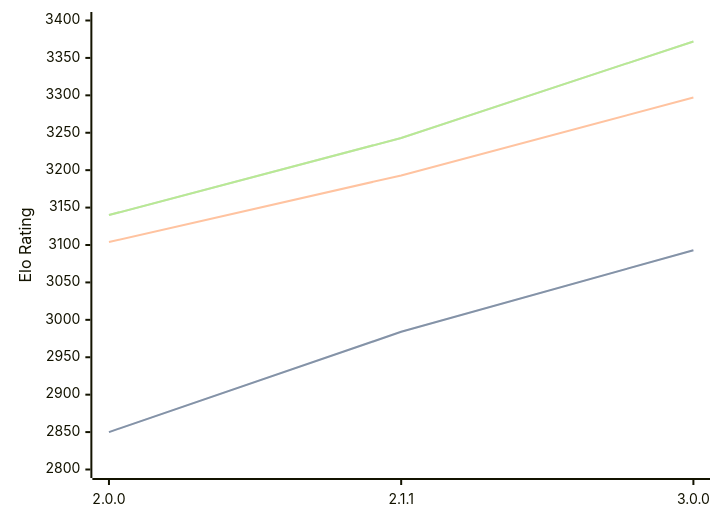
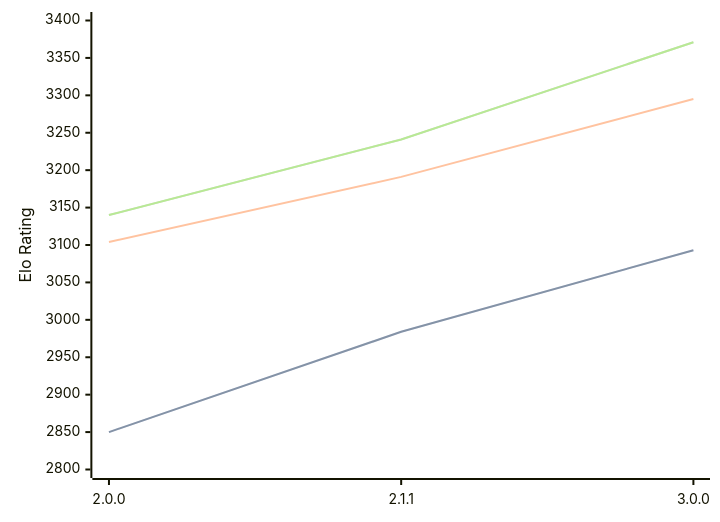
The first of 3 diagrams in engines/Bread.md (computer-chess-index/cci), drawn with Mermaid before and after one commit. The commit also changed other lines of this file, not shown here.

Commit message:
Update CCI Ratings (ELO VLTC) - 2026-06-27

````diff
--- a/engines/Bread.md
+++ b/engines/Bread.md
@@ -53,11 +53,11 @@
 ```mermaid
 %%{init: {"theme":"base","themeVariables":{"seriesColors:['#a3a3a3','#222221','#faa371']}}}%%
 xychart-beta
   x-axis ["2.0.0", "2.1.1", "3.0.0"]
   y-axis "Elo Rating" 2800 --> 3400
   line "STC (8.0+0.08s)" [2850, 2984, 3093]
   line "STC (8.0+0.08s)" [2850, 2984, 3093]
-  line "LTC (60.0+0.60s)" [3104, 3193, 3297]
-  line "VLTC (2m24s+1.12s)" [3140, 3243, 3372]
-  line "VLTC (2m24s+1.12s)" [3140, 3243, 3372]
+  line "LTC (60.0+0.60s)" [3104, 3191, 3295]
+  line "VLTC (2m24s+1.12s)" [3140, 3241, 3371]
+  line "VLTC (2m24s+1.12s)" [3140, 3241, 3371]
 ```
````
